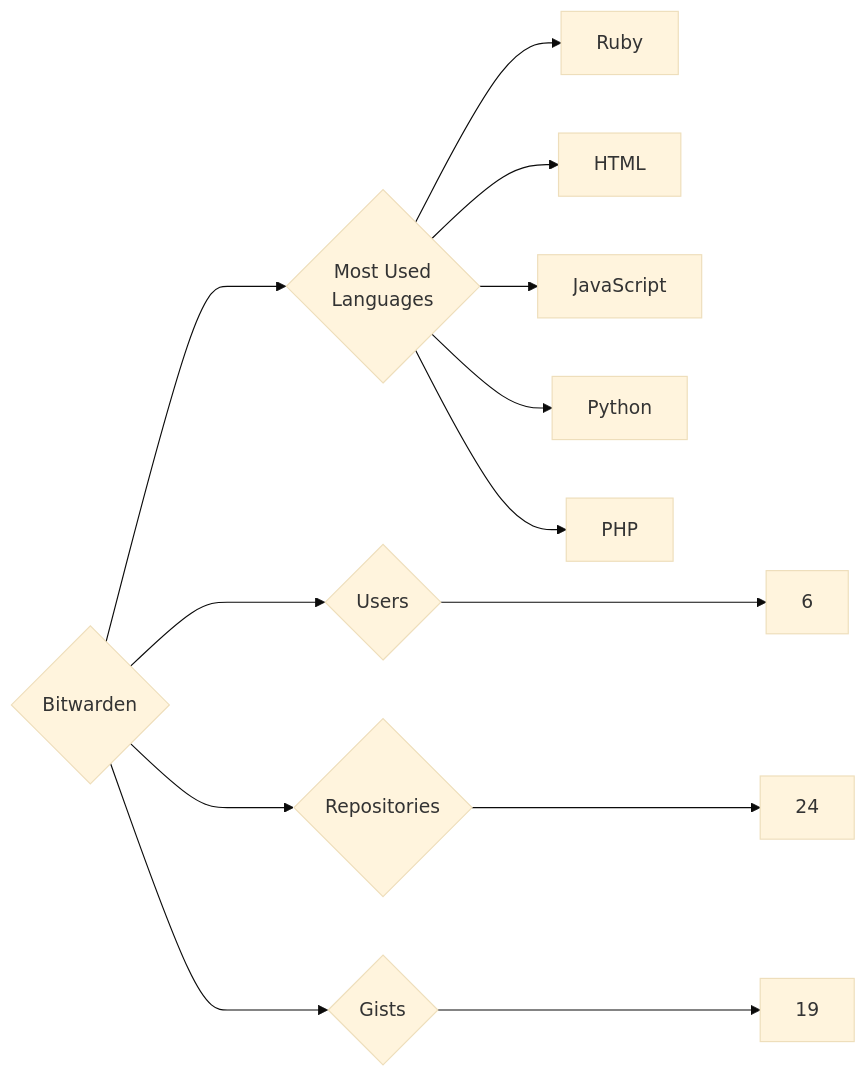
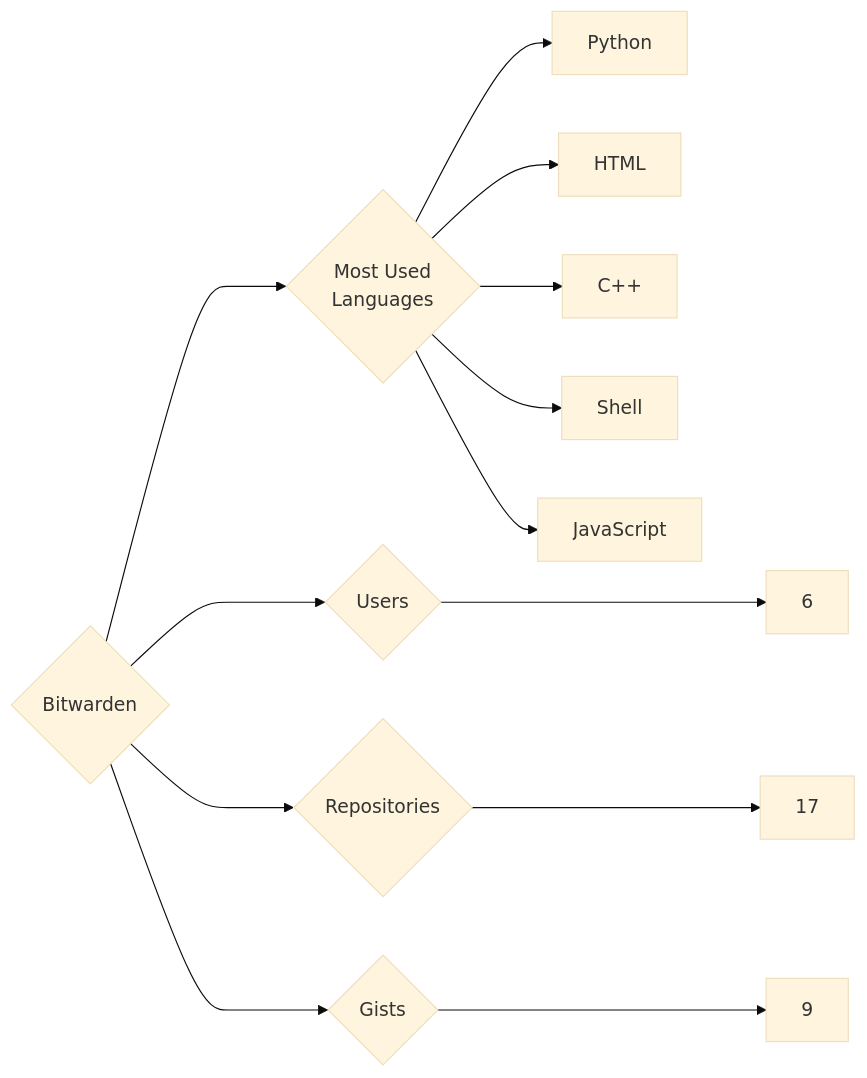
One commit to trickest/insiders changed the diagram in targets/Bitwarden/README.md. Above: the diagram before and after it, drawn with Mermaid (base theme). The commit also changed 942 other files, not shown here.

````diff
--- a/targets/Bitwarden/README.md
+++ b/targets/Bitwarden/README.md
@@ -3,13 +3,13 @@
 ```mermaid
 graph LR
 COMPANY_NAME{Bitwarden}
 COMPANY_NAME ---> U{Users} ---> UN[6]
-COMPANY_NAME ---> R{Repositories} ---> RN[24]
-COMPANY_NAME ---> G{Gists} ---> GN[19]
+COMPANY_NAME ---> R{Repositories} ---> RN[17]
+COMPANY_NAME ---> G{Gists} ---> GN[9]
 COMPANY_NAME ---> ML{Most Used<br>Languages}
-ML --> Ruby[Ruby]
+ML --> Python[Python]
 ML --> HTML[HTML]
+ML --> C++[C++]
+ML --> Shell[Shell]
 ML --> JavaScript[JavaScript]
-ML --> Python[Python]
-ML --> PHP[PHP]
 ```
````
